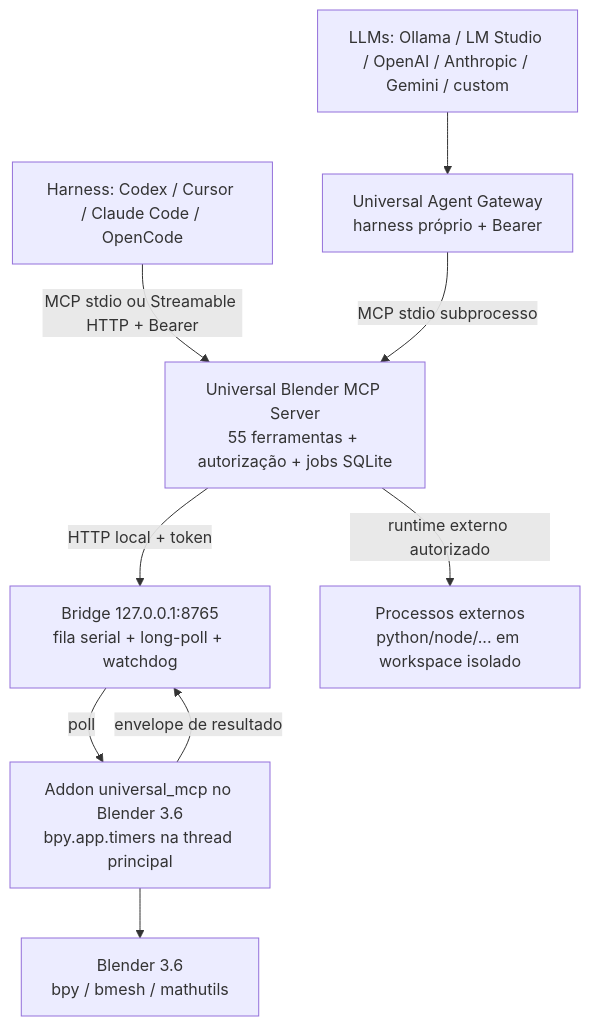
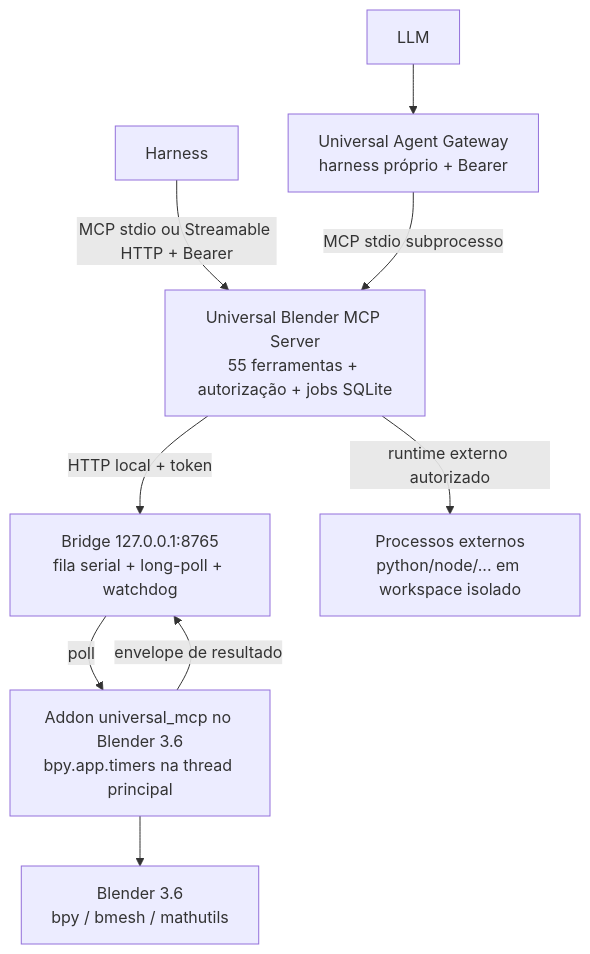
One commit to vit-gusmao/Blender-AI-Automation changed the diagram in README.md. Above: the diagram before and after it, drawn with Mermaid.

````diff
--- a/README.md
+++ b/README.md
@@ -51,11 +51,11 @@
 ```mermaid
 flowchart TD
-    H[Harness: Codex / Cursor / Claude Code / OpenCode] -->|MCP stdio ou Streamable HTTP + Bearer| S
+    H[Harness] -->|MCP stdio ou Streamable HTTP + Bearer| S
     G[Universal Agent Gateway<br/>harness próprio + Bearer] -->|MCP stdio subprocesso| S
-    P[LLMs: Ollama / LM Studio / OpenAI / Anthropic / Gemini / custom] --> G
+    P[LLM ] --> G
     S[Universal Blender MCP Server<br/>55 ferramentas + autorização + jobs SQLite] -->|HTTP local + token| B
     B[Bridge 127.0.0.1:8765<br/>fila serial + long-poll + watchdog] -->|poll| A
     A[Addon universal_mcp no Blender 3.6<br/>bpy.app.timers na thread principal] -->|envelope de resultado| B
     A --> E[Blender 3.6<br/>bpy / bmesh / mathutils]
     S -->|runtime externo autorizado| X[Processos externos<br/>python/node/... em workspace isolado]
 ```
````
